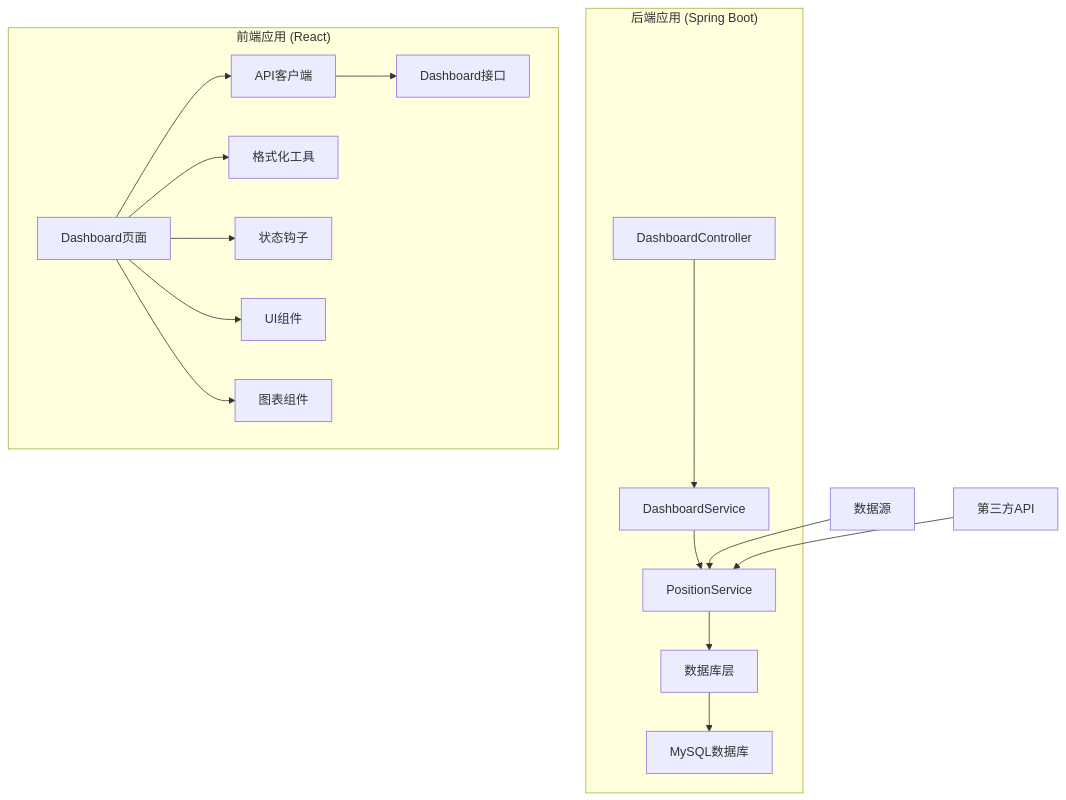
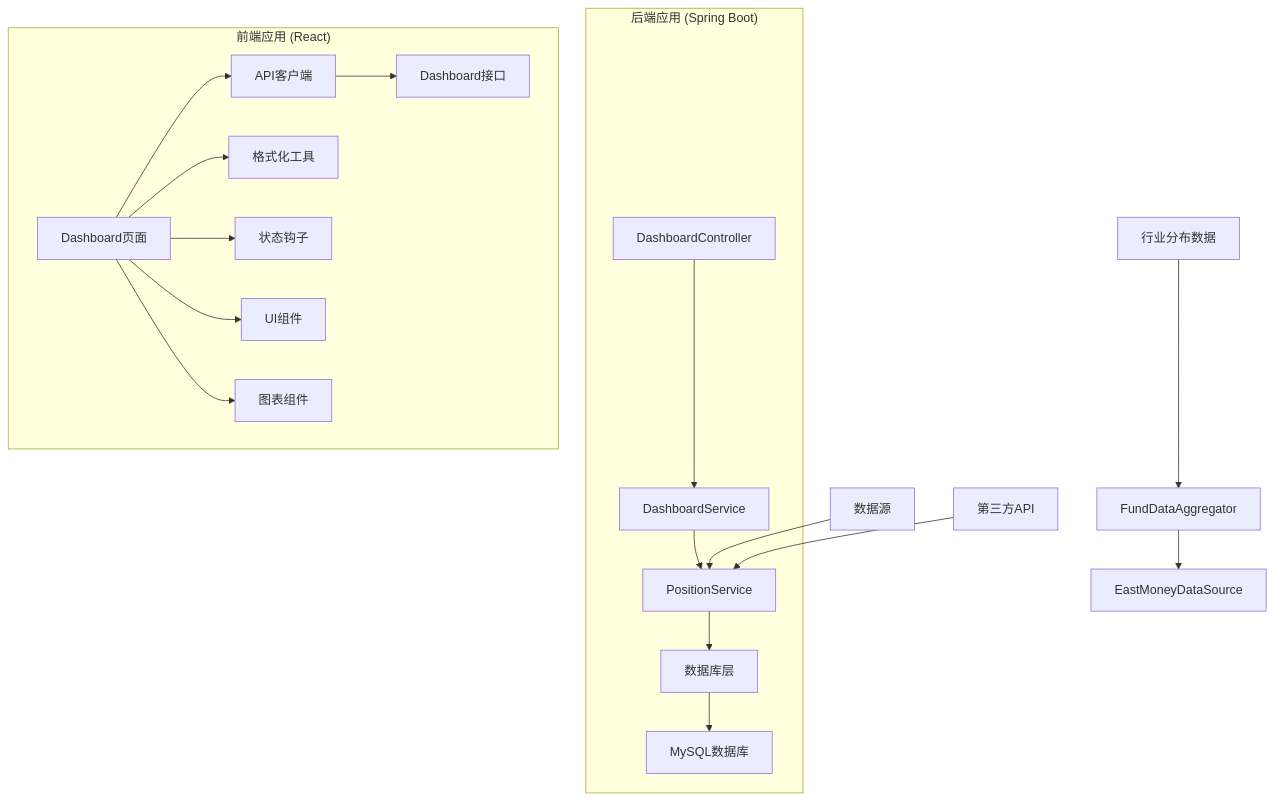
The first of 9 diagrams in .qoder/repowiki/zh/content/Dashboard Enhancement.md (gree-coder/fund-butler), drawn with Mermaid before and after one commit. The commit also changed other lines of this file and 15 other files, not shown here.

````diff
--- a/.qoder/repowiki/zh/content/Dashboard Enhancement.md
+++ b/.qoder/repowiki/zh/content/Dashboard Enhancement.md
@@ -55,19 +58,21 @@
 ```mermaid
 graph TB
 subgraph "后端应用 (Spring Boot)"
 A[DashboardController] --> B[DashboardService]
 B --> C[PositionService]
 C --> D[数据库层]
 D --> E[MySQL数据库]
 end
 subgraph "前端应用 (React)"
 F[Dashboard页面] --> G[API客户端]
 G --> H[Dashboard接口]
 F --> I[格式化工具]
 F --> J[状态钩子]
 F --> K[UI组件]
 F --> L[图表组件]
 end
 M[数据源] --> C
 N[第三方API] --> C
+O[行业分布数据] --> P[FundDataAggregator]
+P --> Q[EastMoneyDataSource]
 ```
````
